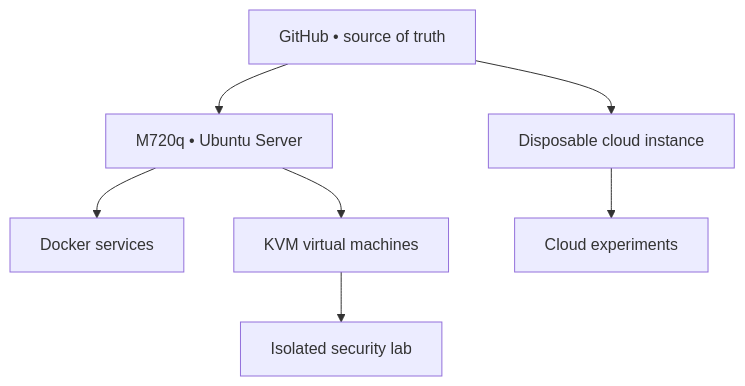
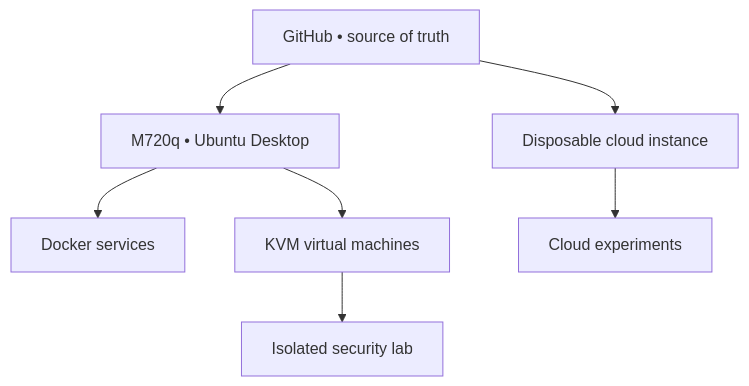
Before and after one commit to Vewiser/vision-node-prototype: the diagram in README.md, drawn with Mermaid. The commit also changed other lines of this file, not shown here.

Commit message:
docs: make Ubuntu Desktop the Prototype 01 starting point

````diff
--- a/README.md
+++ b/README.md
@@ -32,9 +40,9 @@
 ```mermaid
 flowchart TD
-    G["GitHub • source of truth"] --> U["M720q • Ubuntu Server"]
+    G["GitHub • source of truth"] --> U["M720q • Ubuntu Desktop"]
     G --> C["Disposable cloud instance"]
     U --> D["Docker services"]
     U --> V["KVM virtual machines"]
     V --> S["Isolated security lab"]
     C --> E["Cloud experiments"]
 ```
````
